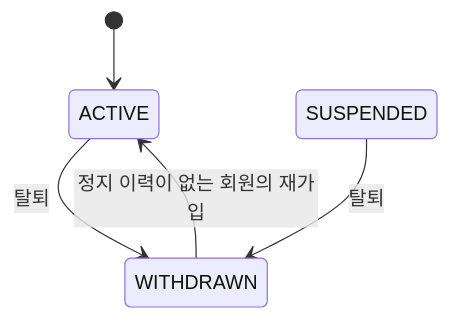
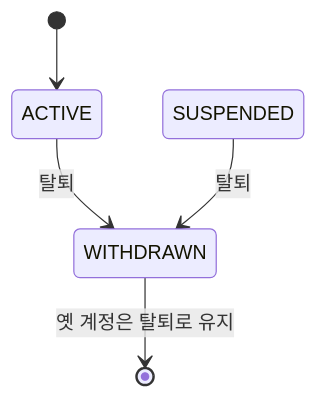
The second of 4 diagrams in docs/design/member/member_구조와_동작_설계.md (lunch-catch/lc-backend), drawn with Mermaid before and after one commit. The commit also changed other lines of this file and 27 other files, not shown here.

````diff
--- a/docs/design/member/member_구조와_동작_설계.md
+++ b/docs/design/member/member_구조와_동작_설계.md
@@ -92,7 +107,7 @@
 ```mermaid
 stateDiagram-v2
     [*] --> ACTIVE
     ACTIVE --> WITHDRAWN: 탈퇴
     SUSPENDED --> WITHDRAWN: 탈퇴
-    WITHDRAWN --> ACTIVE: 정지 이력이 없는 회원의 재가입
+    WITHDRAWN --> [*]: 옛 계정은 탈퇴로 유지
 ```
````
